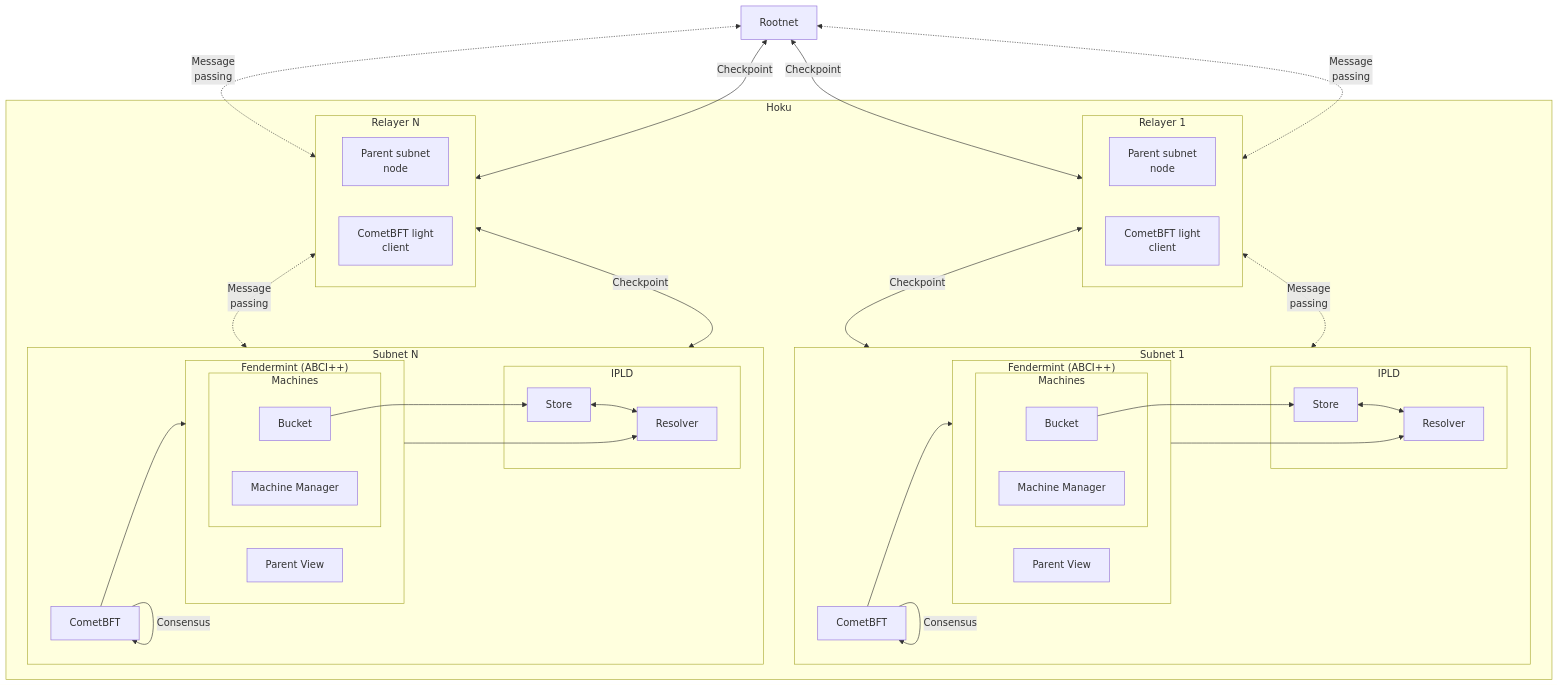
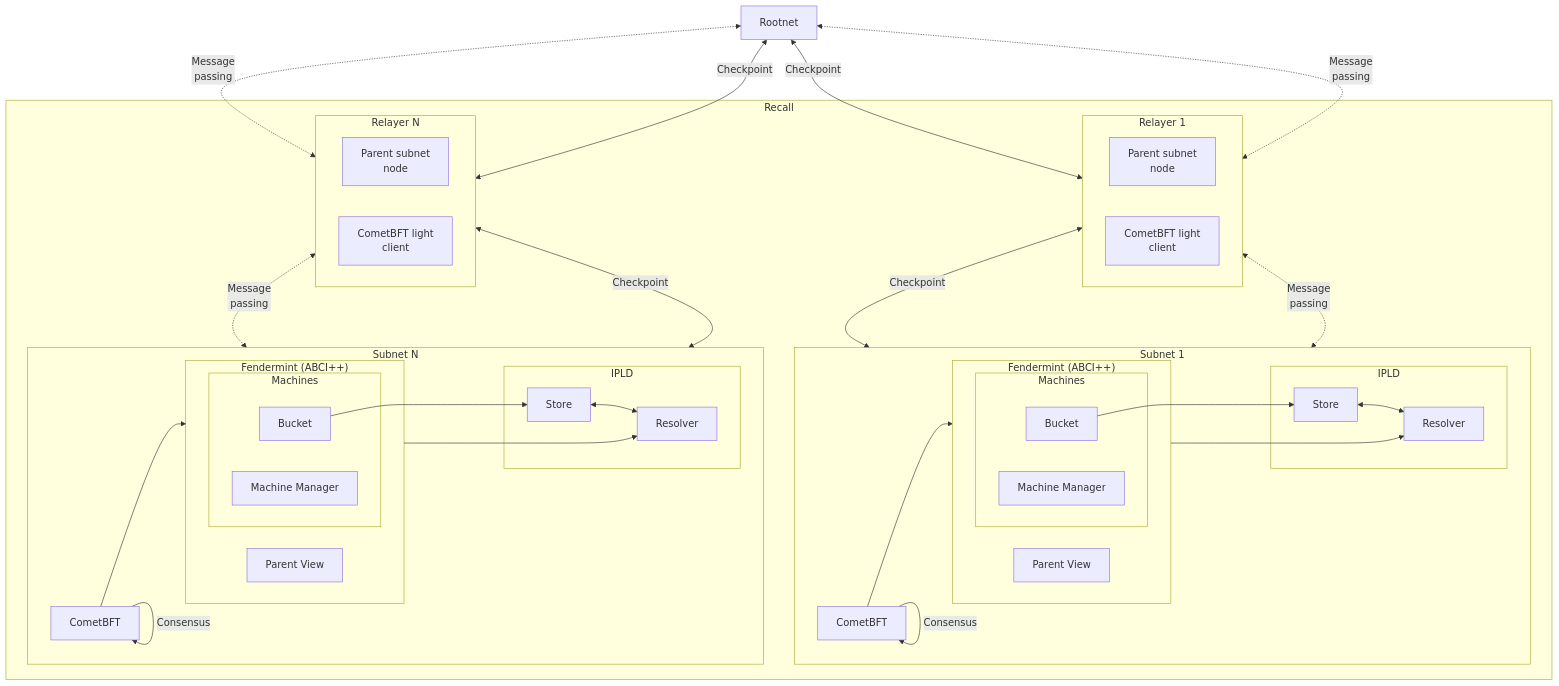
One commit to recallnet/docs changed the diagram in pages/architecture/index.mdx. Above: the diagram before and after it, drawn with Mermaid. The commit also changed other lines of this file and 52 other files, not shown here.

Commit message:
chore: rename hoku -> recall

````diff
--- a/pages/architecture/index.mdx
+++ b/pages/architecture/index.mdx
@@ -26,59 +26,59 @@
 ```mermaid
 graph TD
-  subgraph Hoku
+  subgraph Recall
     subgraph Relayer1["Relayer 1"]
       ParentNode1["Parent subnet<br/>node"]
       LightClient1["CometBFT light<br/>client"]
     end
     subgraph Subnet1["Subnet 1"]
       CometBFT1["CometBFT"]
       CometBFT1 --"Consensus"--> CometBFT1
       subgraph ABCI1["Fendermint (ABCI++)"]
         subgraph Machines1["Machines"]
           Bucket1["Bucket"]
           MachineManager1["Machine Manager"]
         end
         ParentView1["Parent View"]
       end
       subgraph IPLD1["IPLD"]
         Store1["Store"]
         Resolver1["Resolver"]
         Store1 <--> Resolver1
       end
       Bucket1 --> Store1
       ABCI1 --> Resolver1
       CometBFT1 --> ABCI1
     end
     subgraph RelayerN["Relayer N"]
       ParentNodeN["Parent subnet<br/>node"]
       LightClientN["CometBFT light<br/>client"]
     end
     subgraph SubnetN["Subnet N"]
       CometBFTN["CometBFT"]
       CometBFTN --"Consensus"--> CometBFTN
       subgraph ABCIN["Fendermint (ABCI++)"]
         subgraph MachinesN["Machines"]
           BucketN["Bucket"]
           MachineManagerN["Machine Manager"]
         end
         ParentViewN["Parent View"]
       end
       subgraph IPLDN["IPLD"]
         StoreN["Store"]
         ResolverN["Resolver"]
         StoreN <--> ResolverN
       end
       BucketN --> StoreN
       ABCIN --> ResolverN
       CometBFTN --> ABCIN
     end
   end
   Root["Rootnet"] <--"Checkpoint"--> Relayer1
   Root <-."Message<br/>passing".-> Relayer1
   Root <-."Message<br/>passing".-> RelayerN
   Root["Rootnet"] <--"Checkpoint"--> RelayerN
   Relayer1 <--"Checkpoint"--> Subnet1
   Relayer1 <-."Message<br/>passing".-> Subnet1
   RelayerN <-."Message<br/>passing".-> SubnetN
   RelayerN <--"Checkpoint"--> SubnetN
 ```
````
